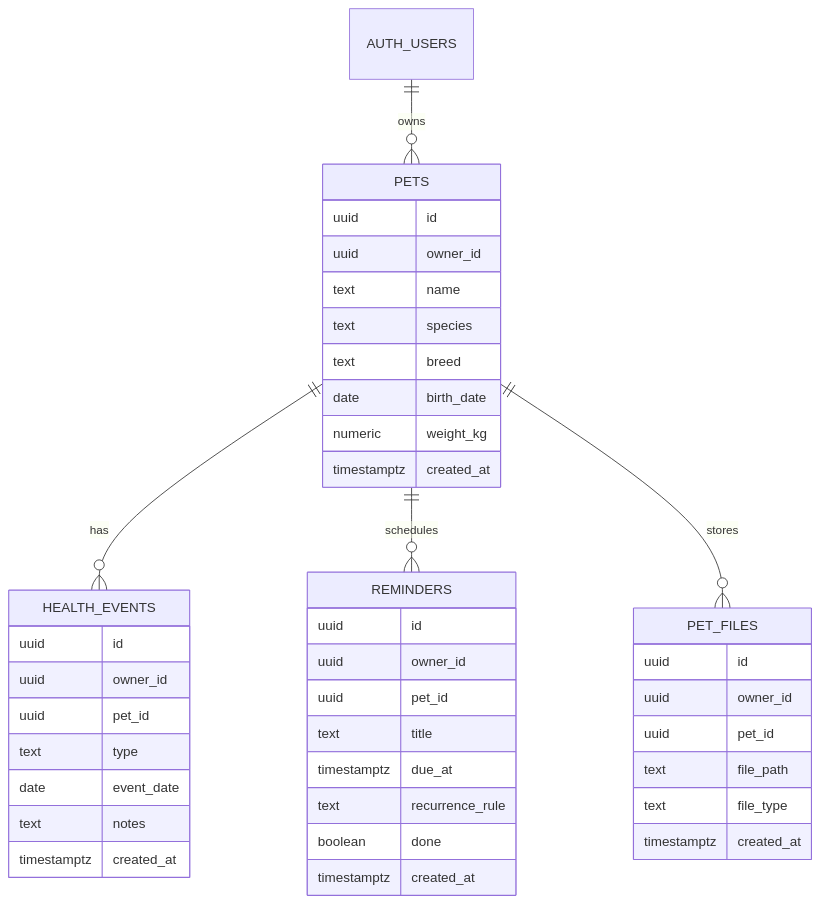
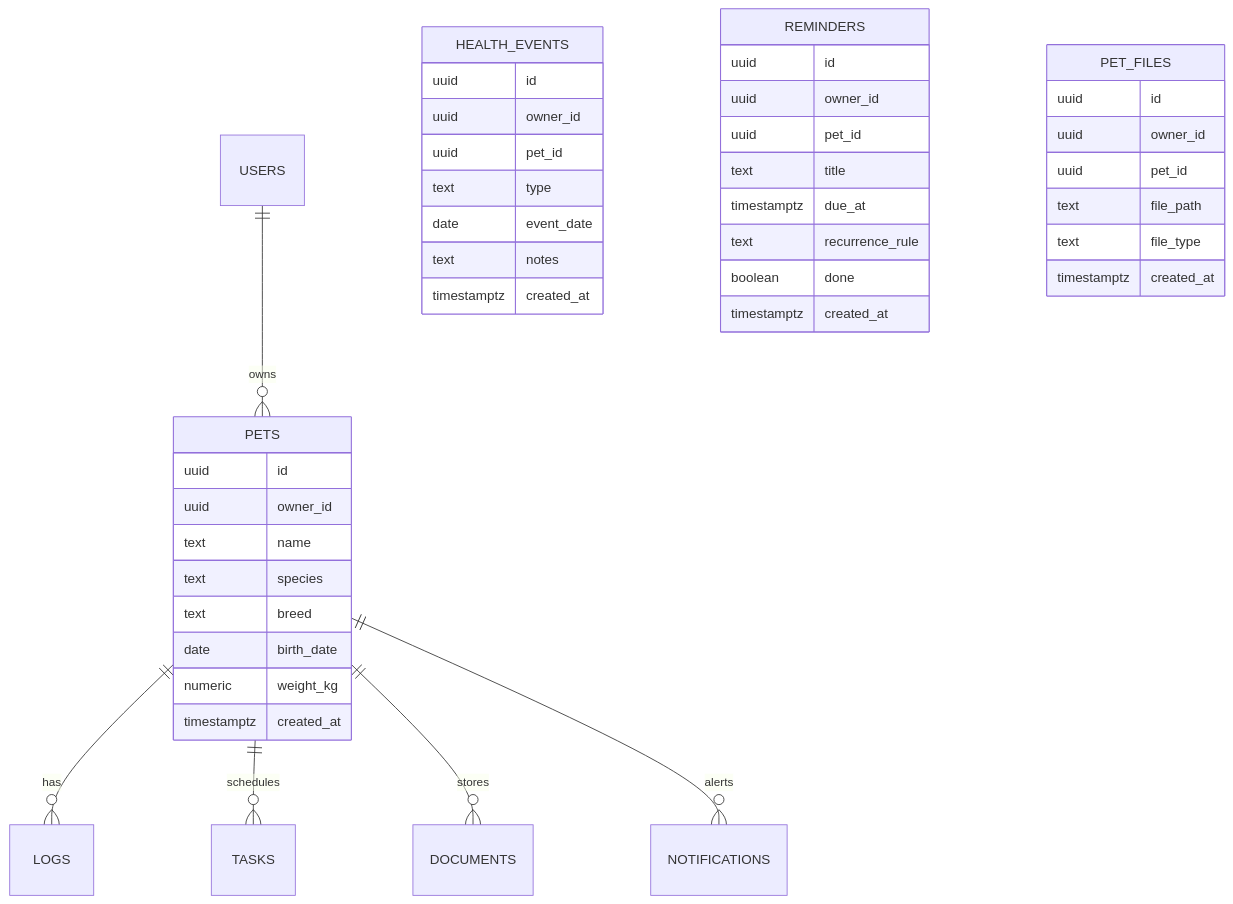
One commit to newcreatord-sudo/LifePet changed the fourth of 4 diagrams in .trae/documents/Architettura_Tecnica_LifePet_IT.md. Above: the diagram before and after it, drawn with Mermaid. The commit also changed other lines of this file and 3 other files, not shown here.

````diff
--- a/.trae/documents/Architettura_Tecnica_LifePet_IT.md
+++ b/.trae/documents/Architettura_Tecnica_LifePet_IT.md
@@ -82,45 +119,46 @@
 ```mermaid
 erDiagram
-  AUTH_USERS ||--o{ PETS : owns
-  PETS ||--o{ HEALTH_EVENTS : has
-  PETS ||--o{ REMINDERS : schedules
-  PETS ||--o{ PET_FILES : stores
+  USERS ||--o{ PETS : owns
+  PETS ||--o{ LOGS : has
+  PETS ||--o{ TASKS : schedules
+  PETS ||--o{ DOCUMENTS : stores
+  PETS ||--o{ NOTIFICATIONS : alerts
 
   PETS {
     uuid id
     uuid owner_id
     text name
     text species
     text breed
     date birth_date
     numeric weight_kg
     timestamptz created_at
   }
   HEALTH_EVENTS {
     uuid id
     uuid owner_id
     uuid pet_id
     text type
     date event_date
     text notes
     timestamptz created_at
   }
   REMINDERS {
     uuid id
     uuid owner_id
     uuid pet_id
     text title
     timestamptz due_at
     text recurrence_rule
     boolean done
     timestamptz created_at
   }
   PET_FILES {
     uuid id
     uuid owner_id
     uuid pet_id
     text file_path
     text file_type
     timestamptz created_at
   }
 ```
````
